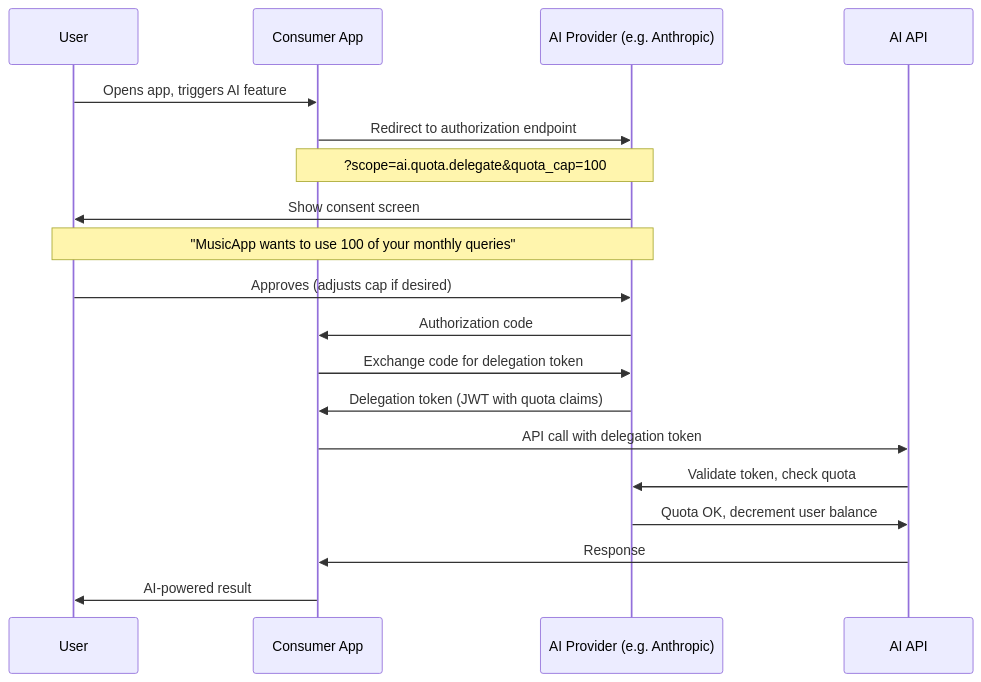
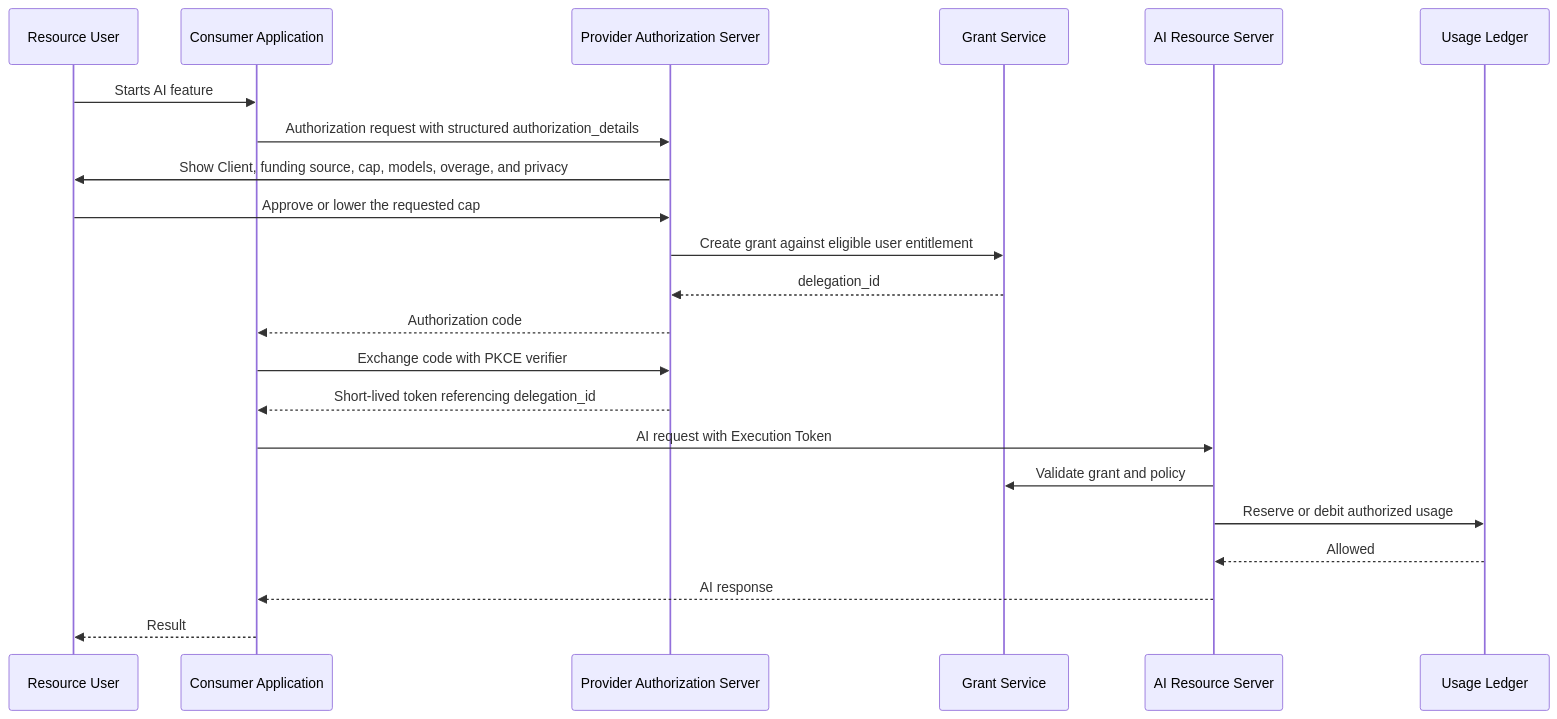
One commit to MJohnstonAI/ai-billing-delegation changed the first of 8 diagrams in FLOWS.md. Above: the diagram before and after it, drawn with Mermaid. The commit also changed other lines of this file and 14 other files, not shown here.

````diff
--- a/FLOWS.md
+++ b/FLOWS.md
@@ -5,22 +5,25 @@
 ```mermaid
 sequenceDiagram
-    participant U as User
-    participant A as Consumer App
-    participant P as AI Provider (e.g. Anthropic)
-    participant API as AI API
+    participant U as Resource User
+    participant A as Consumer Application
+    participant AS as Provider Authorization Server
+    participant G as Grant Service
+    participant API as AI Resource Server
+    participant L as Usage Ledger
 
-    U->>A: Opens app, triggers AI feature
-    A->>P: Redirect to authorization endpoint
-    Note over A,P: ?scope=ai.quota.delegate&quota_cap=100
-    P->>U: Show consent screen
-    Note over P,U: "MusicApp wants to use 100 of your monthly queries"
-    U->>P: Approves (adjusts cap if desired)
-    P->>A: Authorization code
-    A->>P: Exchange code for delegation token
-    P->>A: Delegation token (JWT with quota claims)
-    A->>API: API call with delegation token
-    API->>P: Validate token, check quota
-    P->>API: Quota OK, decrement user balance
-    API->>A: Response
-    A->>U: AI-powered result
+    U->>A: Starts AI feature
+    A->>AS: Authorization request with structured authorization_details
+    AS->>U: Show Client, funding source, cap, models, overage, and privacy
+    U->>AS: Approve or lower the requested cap
+    AS->>G: Create grant against eligible user entitlement
+    G-->>AS: delegation_id
+    AS-->>A: Authorization code
+    A->>AS: Exchange code with PKCE verifier
+    AS-->>A: Short-lived token referencing delegation_id
+    A->>API: AI request with Execution Token
+    API->>G: Validate grant and policy
+    API->>L: Reserve or debit authorized usage
+    L-->>API: Allowed
+    API-->>A: AI response
+    A-->>U: Result
 ```
````
